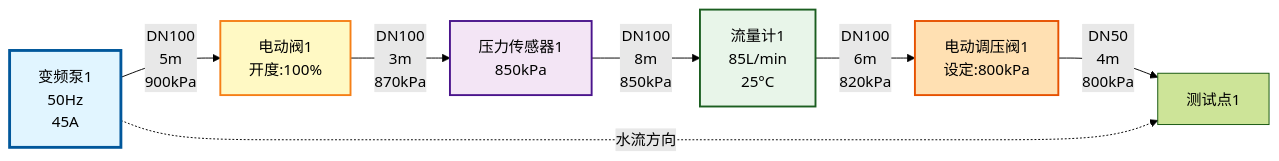
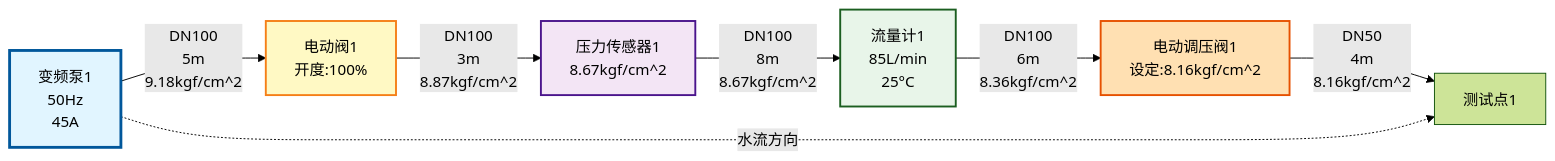
The first of 2 diagrams in docs/PhysicalPipeline.md (mecluswang-sys/waterTestSystem), drawn with Mermaid (forest theme) before and after one commit. The commit also changed other lines of this file and 38 other files, not shown here.

````diff
--- a/docs/PhysicalPipeline.md
+++ b/docs/PhysicalPipeline.md
@@ -9,26 +9,26 @@
 ```mermaid
 graph LR
     %% 定义样式
     classDef pumpStyle fill:#e1f5ff,stroke:#01579b,stroke-width:3px
     classDef valveStyle fill:#fff9c4,stroke:#f57f17,stroke-width:2px
     classDef sensorStyle fill:#f3e5f5,stroke:#4a148c,stroke-width:2px
     classDef meterStyle fill:#e8f5e9,stroke:#1b5e20,stroke-width:2px
     classDef regValveStyle fill:#ffe0b2,stroke:#e65100,stroke-width:2px
 
     %% 主回路1
     P1[变频泵1<br/>50Hz<br/>45A]:::pumpStyle
     V1[电动阀1<br/>开度:100%]:::valveStyle
-   PS1[压力传感器1<br/>850kPa]:::sensorStyle
+   PS1[压力传感器1<br/>8.67kgf/cm^2]:::sensorStyle
     FM1[流量计1<br/>85L/min<br/>25°C]:::meterStyle
-   RV1[电动调压阀1<br/>设定:800kPa]:::regValveStyle
+   RV1[电动调压阀1<br/>设定:8.16kgf/cm^2]:::regValveStyle
     TP1[测试点1]
 
-   P1 -->|DN100<br/>5m<br/>900kPa| V1
-   V1 -->|DN100<br/>3m<br/>870kPa| PS1
-   PS1 -->|DN100<br/>8m<br/>850kPa| FM1
-   FM1 -->|DN100<br/>6m<br/>820kPa| RV1
-   RV1 -->|DN50<br/>4m<br/>800kPa| TP1
+   P1 -->|DN100<br/>5m<br/>9.18kgf/cm^2| V1
+   V1 -->|DN100<br/>3m<br/>8.87kgf/cm^2| PS1
+   PS1 -->|DN100<br/>8m<br/>8.67kgf/cm^2| FM1
+   FM1 -->|DN100<br/>6m<br/>8.36kgf/cm^2| RV1
+   RV1 -->|DN50<br/>4m<br/>8.16kgf/cm^2| TP1
 
     %% 标注水流方向
     P1 -.水流方向.-> TP1
 ```
````
